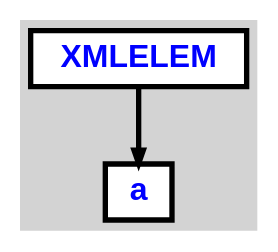
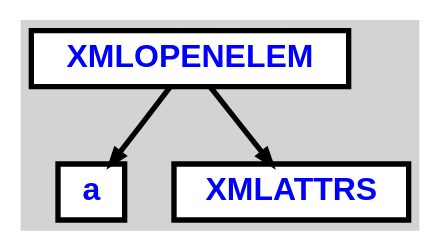
One commit to aabs/xmlpl changed the diagram in test-documents/AST-simple-element.dot. Above: the diagram before and after it, drawn with Graphviz. The commit also changed 4 other files, not shown here.

```diff
--- a/test-documents/AST-simple-element.dot
+++ b/test-documents/AST-simple-element.dot
@@ -1,14 +1,16 @@
 digraph {
 
 	ordering=out;
 	ranksep=.4;
 	bgcolor="lightgrey"; node [shape=box, fixedsize=false, fontsize=12, fontname="Helvetica-bold", fontcolor="blue"
 		width=.25, height=.25, color="black", fillcolor="white", style="filled, solid, bold"];
 	edge [arrowsize=.5, color="black", style="bold"]
 
-  n0 [label="XMLELEM"];
+  n0 [label="XMLOPENELEM"];
   n1 [label="a"];
+  n2 [label="XMLATTRS"];
 
-  n0 -> n1 // "XMLELEM" -> "a"
+  n0 -> n1 // "XMLOPENELEM" -> "a"
+  n0 -> n2 // "XMLOPENELEM" -> "XMLATTRS"
 
 }
```
